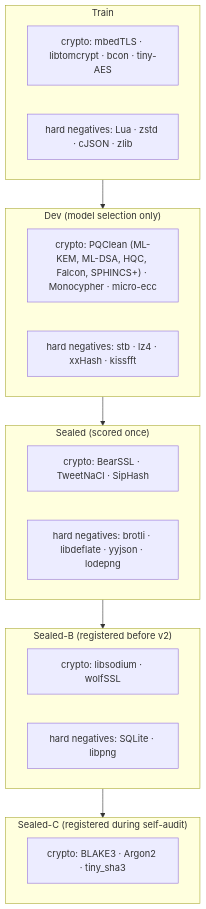
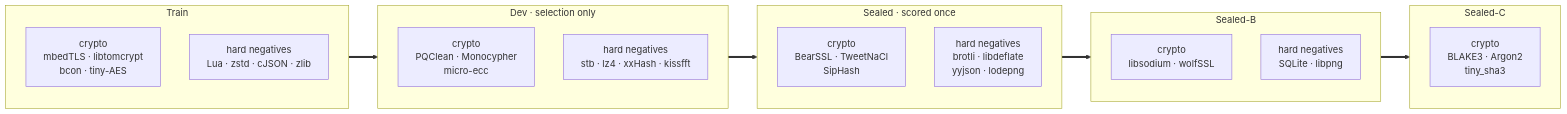
One commit to dhruva137/indicrypt-bench changed the second of 4 diagrams in README.md. Above: the diagram before and after it, drawn with Mermaid. The commit also changed other lines of this file, not shown here.

Commit message:
README: split diagram laid out left to right

````diff
--- a/README.md
+++ b/README.md
@@ -63,28 +63,28 @@
 ```mermaid
-flowchart TB
+flowchart LR
     subgraph TRAIN["Train"]
-        direction LR
-        t1["crypto: mbedTLS · libtomcrypt · bcon · tiny-AES"]
-        t2["hard negatives: Lua · zstd · cJSON · zlib"]
+        direction TB
+        t1["crypto<br/>mbedTLS · libtomcrypt<br/>bcon · tiny-AES"]
+        t2["hard negatives<br/>Lua · zstd · cJSON · zlib"]
     end
-    subgraph DEV["Dev (model selection only)"]
-        direction LR
-        d1["crypto: PQClean (ML-KEM, ML-DSA, HQC, Falcon, SPHINCS+) · Monocypher · micro-ecc"]
-        d2["hard negatives: stb · lz4 · xxHash · kissfft"]
+    subgraph DEV["Dev · selection only"]
+        direction TB
+        d1["crypto<br/>PQClean · Monocypher<br/>micro-ecc"]
+        d2["hard negatives<br/>stb · lz4 · xxHash · kissfft"]
     end
-    subgraph SEALED["Sealed (scored once)"]
-        direction LR
-        s1["crypto: BearSSL · TweetNaCl · SipHash"]
-        s2["hard negatives: brotli · libdeflate · yyjson · lodepng"]
+    subgraph SEALED["Sealed · scored once"]
+        direction TB
+        s1["crypto<br/>BearSSL · TweetNaCl<br/>SipHash"]
+        s2["hard negatives<br/>brotli · libdeflate<br/>yyjson · lodepng"]
     end
-    subgraph SB["Sealed-B (registered before v2)"]
-        direction LR
-        b1["crypto: libsodium · wolfSSL"]
-        b2["hard negatives: SQLite · libpng"]
+    subgraph SB["Sealed-B"]
+        direction TB
+        b1["crypto<br/>libsodium · wolfSSL"]
+        b2["hard negatives<br/>SQLite · libpng"]
     end
-    subgraph SC["Sealed-C (registered during self-audit)"]
-        direction LR
-        c1["crypto: BLAKE3 · Argon2 · tiny_sha3"]
+    subgraph SC["Sealed-C"]
+        direction TB
+        c1["crypto<br/>BLAKE3 · Argon2<br/>tiny_sha3"]
     end
-    TRAIN --> DEV --> SEALED --> SB --> SC
+    TRAIN ==> DEV ==> SEALED ==> SB ==> SC
 ```
````
